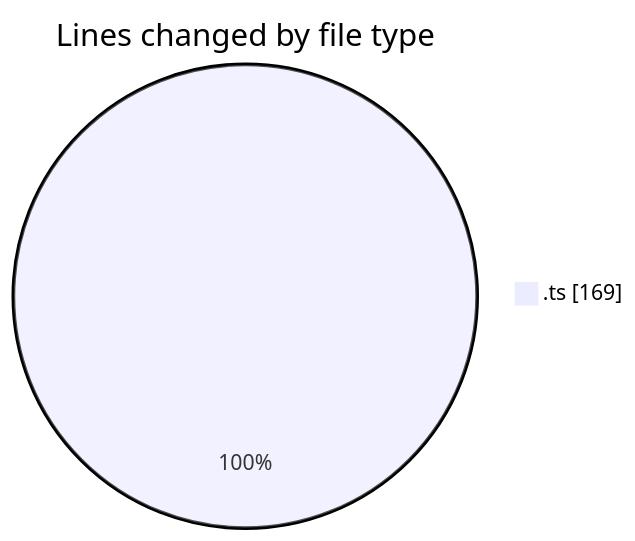
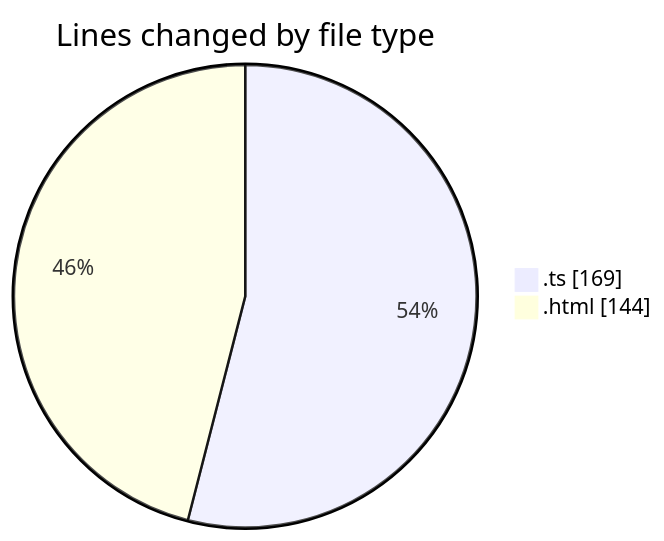
Before and after one commit to momahboobian/code-tracking: the first of 2 diagrams in 2025-05-19/news-clock-system-caspercg/README.md, drawn with Mermaid. The commit also changed other lines of this file and 1 other file, not shown here.

````diff
--- a/2025-05-19/news-clock-system-caspercg/README.md
+++ b/2025-05-19/news-clock-system-caspercg/README.md
@@ -21,5 +22,6 @@
 ```mermaid
 pie showData
 title Lines changed by file type
 ".ts" : 169
+".html" : 144
 ```
````
